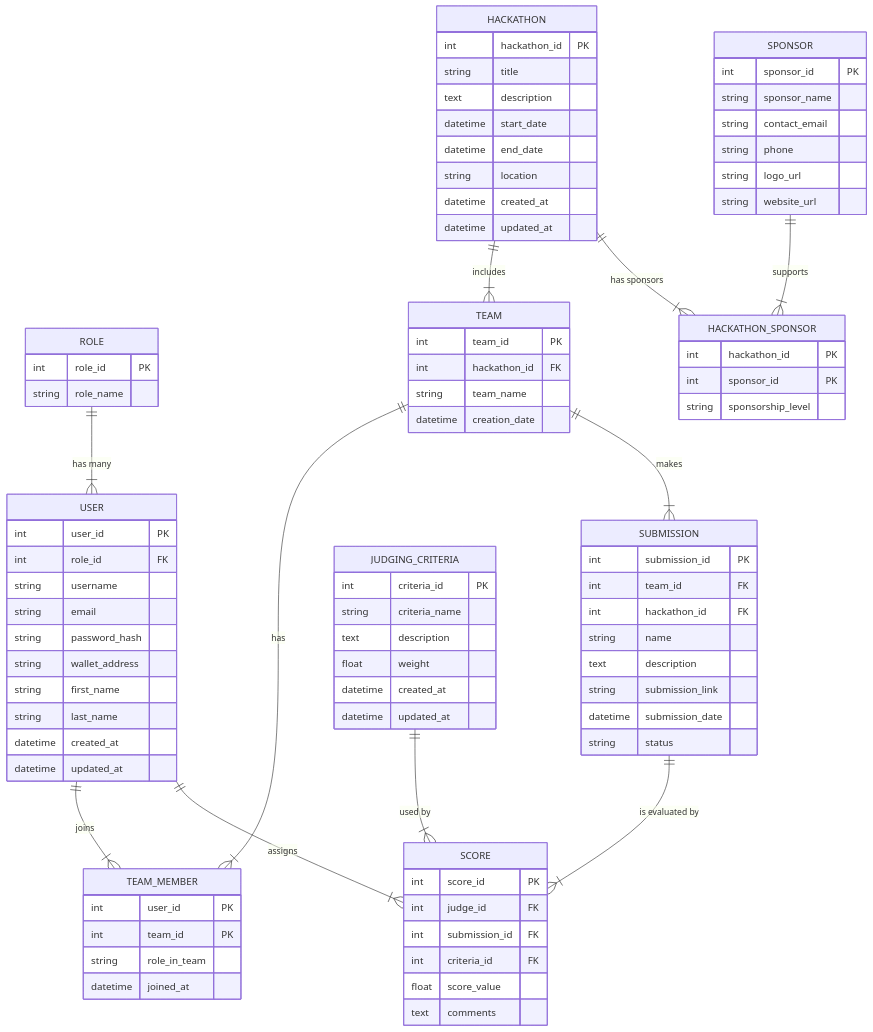
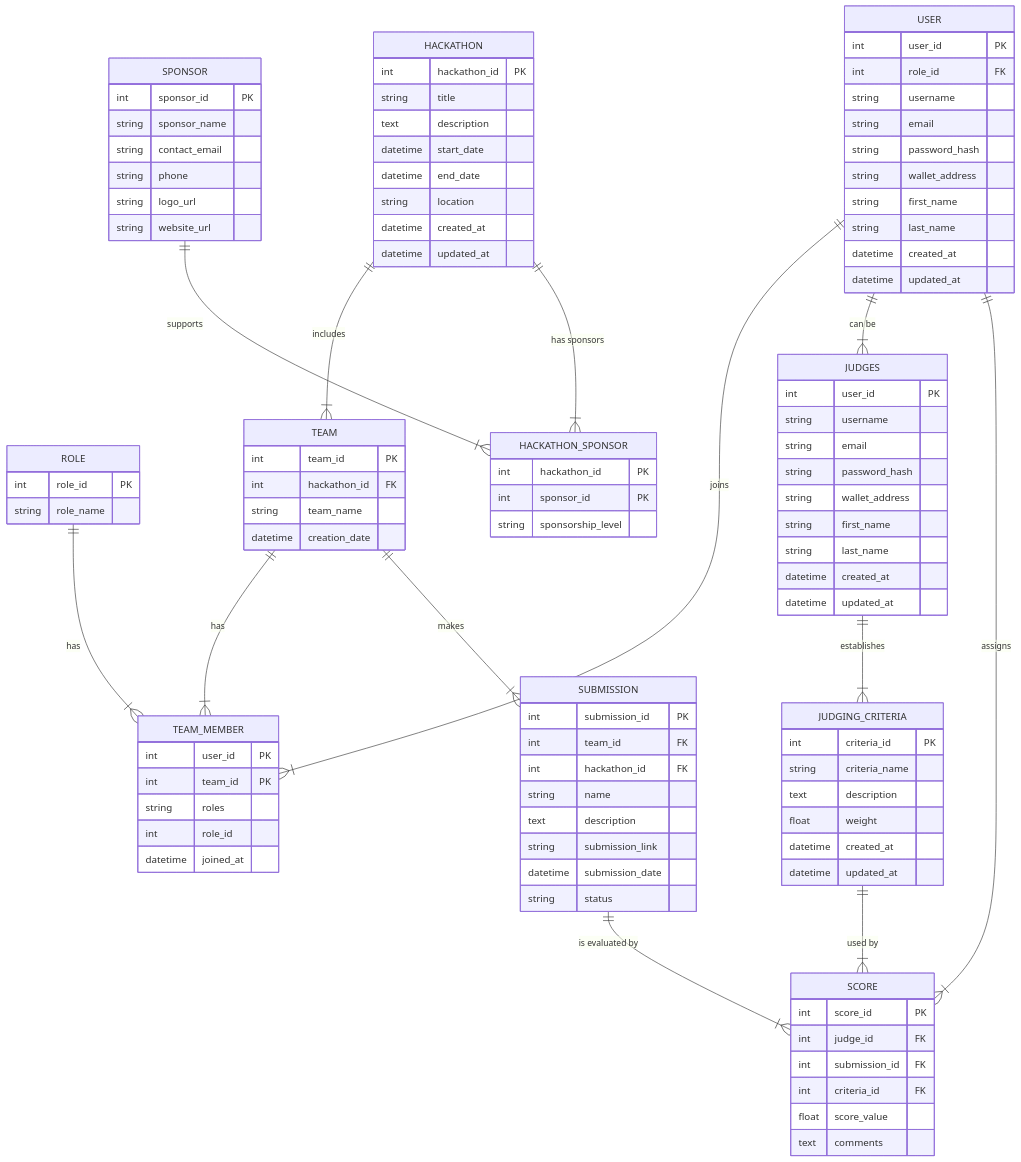
The diagram in Data/ExampleData/Hackathon_ERD.md (BuildProof/contributions), drawn with Mermaid before and after one commit.

```diff
--- a/Data/ExampleData/Hackathon_ERD.md
+++ b/Data/ExampleData/Hackathon_ERD.md
@@ -55,7 +55,8 @@
     TEAM_MEMBER {
         int    user_id PK 
         int    team_id PK  
-        string role_in_team
+        string roles
+        int    role_id
         datetime joined_at
     }
 
@@ -118,6 +119,21 @@
         string sponsorship_level
     }
 
+    %% ------------------------------------------------------
+    %% JUDGES
+    %% ------------------------------------------------------
+    JUDGES {
+        int    user_id PK
+        string username
+        string email
+        string password_hash
+        string wallet_address
+        string first_name
+        string last_name
+        datetime created_at
+        datetime updated_at
+    }
+
 
     %% ------------------------------------------------------
     %% (Optional) RELATIONSHIPS
@@ -126,12 +142,14 @@
     %% For clarity, they are commented out here. If you wish to see
     %% relationships in the diagram, remove the "%%" at line beginnings.
 
-     ROLE ||--|{ USER : "has many"
      USER ||--|{ TEAM_MEMBER : "joins"
+     ROLE ||--|{ TEAM_MEMBER : "has"
+     USER ||--|{ JUDGES : "can be"
      TEAM ||--|{ TEAM_MEMBER : "has"
      HACKATHON ||--|{ TEAM : "includes"
      TEAM ||--|{ SUBMISSION : "makes"
      SUBMISSION ||--|{ SCORE : "is evaluated by"
+     JUDGES ||--|{ JUDGING_CRITERIA : "establishes"
      JUDGING_CRITERIA ||--|{ SCORE : "used by"
      USER ||--|{ SCORE : "assigns"
      SPONSOR ||--|{ HACKATHON_SPONSOR : "supports"
```
